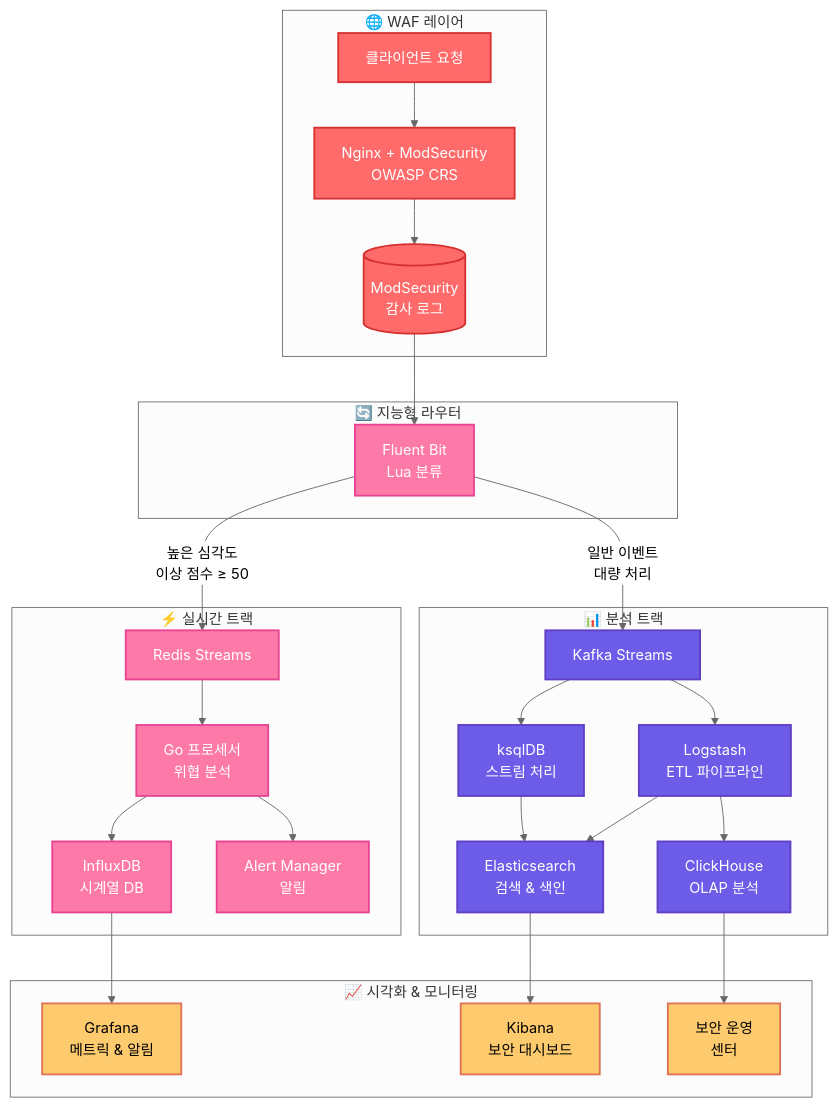
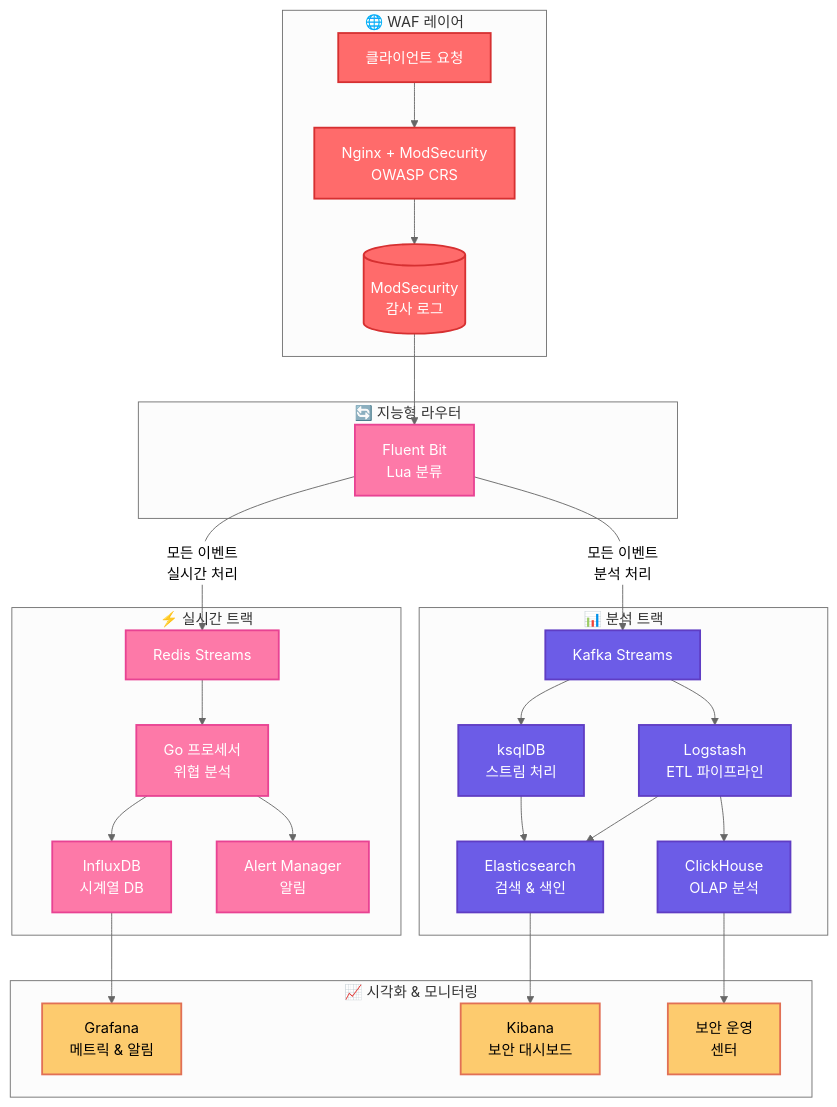
One commit to rojae/waf changed the diagram in README.md. Above: the diagram before and after it, drawn with Mermaid (neutral theme). The commit also changed other lines of this file and 2 other files, not shown here.

````diff
--- a/README.md
+++ b/README.md
@@ -31,60 +31,60 @@
 ```mermaid
 flowchart TB
     classDef waf fill:#ff6b6b,stroke:#d63031,color:#fff,stroke-width:2
     classDef realtime fill:#fd79a8,stroke:#e84393,color:#fff,stroke-width:2
     classDef analytics fill:#6c5ce7,stroke:#5f3dc4,color:#fff,stroke-width:2
     classDef storage fill:#00b894,stroke:#00a085,color:#fff,stroke-width:2
     classDef monitoring fill:#fdcb6e,stroke:#e17055,color:#000,stroke-width:2
 
     subgraph "🌐 WAF 레이어"
         Client[클라이언트 요청]:::waf
         WAF[Nginx + ModSecurity<br/>OWASP CRS]:::waf
         Logs[(ModSecurity<br/>감사 로그)]:::waf
     end
 
     subgraph "🔄 지능형 라우터"
         FluentBit[Fluent Bit<br/>Lua 분류]:::realtime
     end
 
     subgraph "⚡ 실시간 트랙"
         RedisStreams[Redis Streams]:::realtime
         RealtimeProcessor[Go 프로세서<br/>위협 분석]:::realtime
         InfluxDB[InfluxDB<br/>시계열 DB]:::realtime
         Alerts[Alert Manager<br/>알림]:::realtime
     end
 
     subgraph "📊 분석 트랙"
         Kafka[Kafka Streams]:::analytics
         KsqlDB[ksqlDB<br/>스트림 처리]:::analytics
         Logstash[Logstash<br/>ETL 파이프라인]:::analytics
         Elasticsearch[Elasticsearch<br/>검색 & 색인]:::analytics
         ClickHouse[ClickHouse<br/>OLAP 분석]:::analytics
     end
 
     subgraph "📈 시각화 & 모니터링"
         Kibana[Kibana<br/>보안 대시보드]:::monitoring
         Grafana[Grafana<br/>메트릭 & 알림]:::monitoring
         Dashboard[보안 운영<br/>센터]:::monitoring
     end
 
     Client --> WAF
     WAF --> Logs
     Logs --> FluentBit
 
-    FluentBit -->|높은 심각도<br/>이상 점수 ≥ 50| RedisStreams
-    FluentBit -->|일반 이벤트<br/>대량 처리| Kafka
+    FluentBit -->|모든 이벤트<br/>실시간 처리| RedisStreams
+    FluentBit -->|모든 이벤트<br/>분석 처리| Kafka
 
     RedisStreams --> RealtimeProcessor
     RealtimeProcessor --> InfluxDB
     RealtimeProcessor --> Alerts
 
     Kafka --> KsqlDB
     Kafka --> Logstash
     KsqlDB --> Elasticsearch
     Logstash --> Elasticsearch
     Logstash --> ClickHouse
 
     InfluxDB --> Grafana
     Elasticsearch --> Kibana
     ClickHouse --> Dashboard
 ```
````
